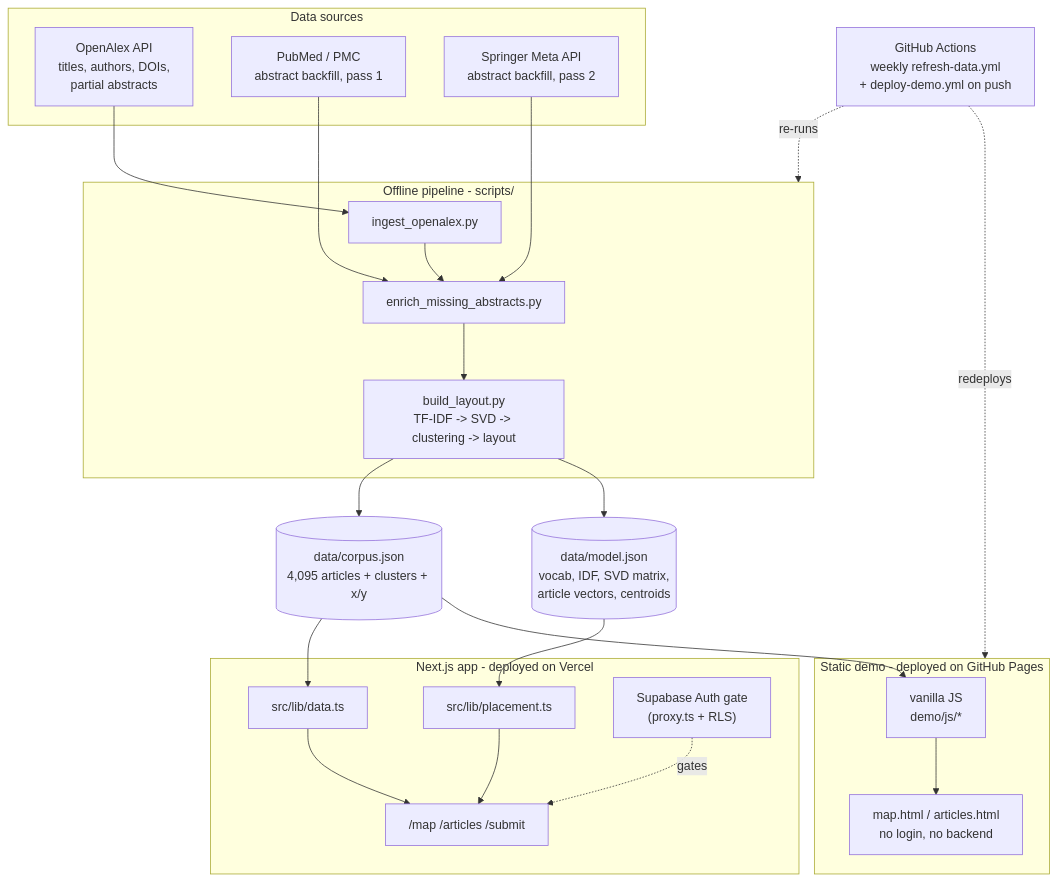
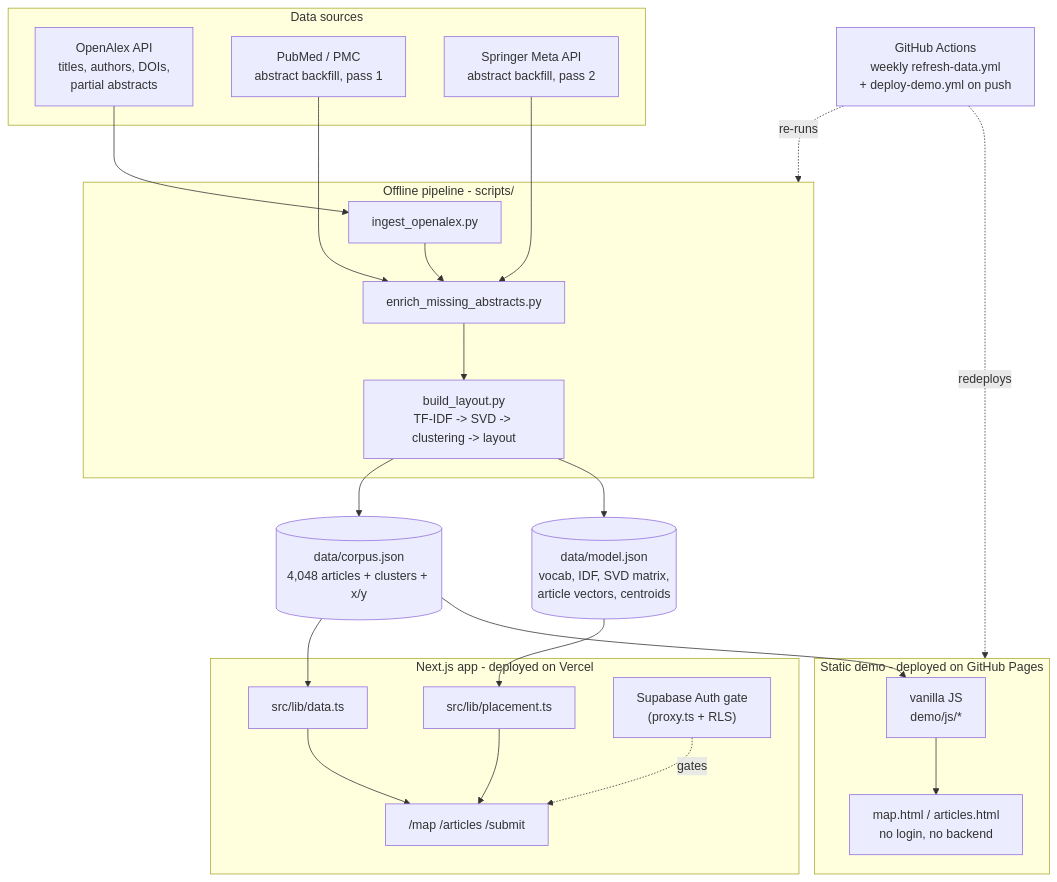
Before and after one commit to david-j-cox/published-landscape: the first of 2 diagrams in README.md, drawn with Mermaid. The commit also changed other lines of this file, not shown here.

````diff
--- a/README.md
+++ b/README.md
@@ -39,43 +39,43 @@
 ```mermaid
 flowchart TB
     subgraph Sources["Data sources"]
         OA["OpenAlex API<br/>titles, authors, DOIs,<br/>partial abstracts"]
         PM["PubMed / PMC<br/>abstract backfill, pass 1"]
         SP["Springer Meta API<br/>abstract backfill, pass 2"]
     end
 
     subgraph Pipeline["Offline pipeline - scripts/"]
         ING["ingest_openalex.py"]
         ENR["enrich_missing_abstracts.py"]
         BLD["build_layout.py<br/>TF-IDF -&gt; SVD -&gt; clustering -&gt; layout"]
     end
 
     OA --> ING --> ENR
     PM --> ENR
     SP --> ENR
     ENR --> BLD
 
-    BLD --> CORPUS[("data/corpus.json<br/>4,095 articles + clusters + x/y")]
+    BLD --> CORPUS[("data/corpus.json<br/>4,048 articles + clusters + x/y")]
     BLD --> MODEL[("data/model.json<br/>vocab, IDF, SVD matrix,<br/>article vectors, centroids")]
 
     subgraph App["Next.js app - deployed on Vercel"]
         DATA["src/lib/data.ts"]
         PLACE["src/lib/placement.ts"]
         AUTH["Supabase Auth gate<br/>(proxy.ts + RLS)"]
         PAGES["/map  /articles  /submit"]
     end
 
     subgraph Demo["Static demo - deployed on GitHub Pages"]
         VJS["vanilla JS<br/>demo/js/*"]
         DPAGES["map.html / articles.html<br/>no login, no backend"]
     end
 
     CORPUS --> DATA --> PAGES
     MODEL --> PLACE --> PAGES
     AUTH -.gates.-> PAGES
     CORPUS --> VJS --> DPAGES
 
     GH["GitHub Actions<br/>weekly refresh-data.yml<br/>+ deploy-demo.yml on push"]
     GH -. re-runs .-> Pipeline
     GH -. redeploys .-> Demo
 ```
````
